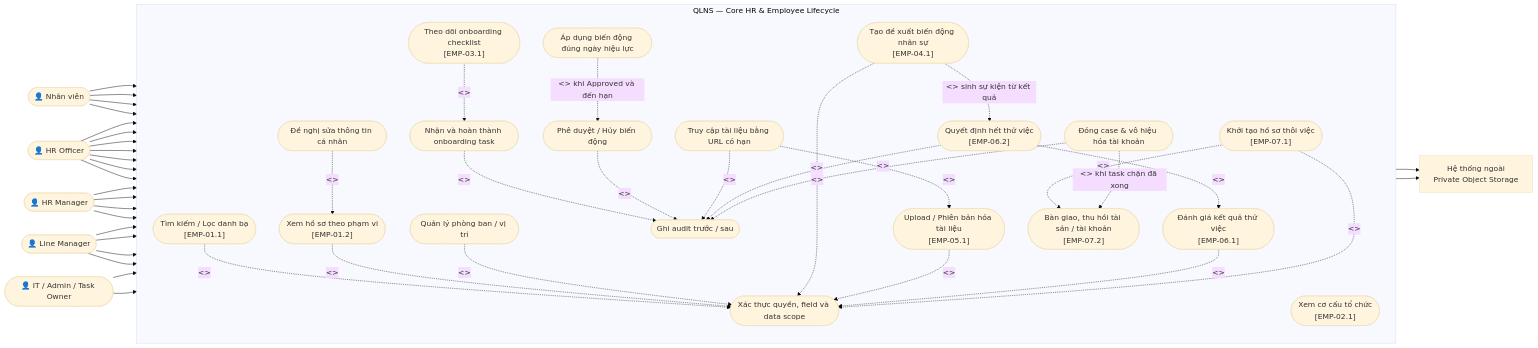
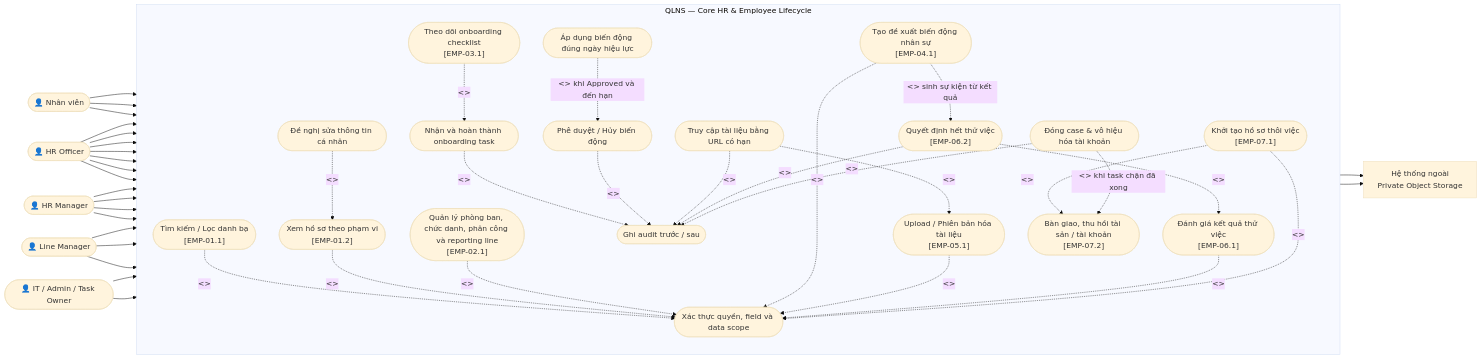
The third of 5 diagrams in docs/use_cases.md (nvdat16/QLNS), drawn with Mermaid (base theme) before and after one commit. The commit also changed other lines of this file and 15 other files, not shown here.

````diff
--- a/docs/use_cases.md
+++ b/docs/use_cases.md
@@ -132,77 +136,74 @@
 ```mermaid
 flowchart LR
     Employee(["👤 Nhân viên"])
     HROfficer(["👤 HR Officer"])
     HRManager(["👤 HR Manager"])
     LineManager(["👤 Line Manager"])
     TaskOwner(["👤 IT / Admin / Task Owner"])
     ObjectStorage["Hệ thống ngoài<br/>Private Object Storage"]
 
     subgraph QLNS_CORE["QLNS — Core HR & Employee Lifecycle"]
         direction TB
         UC_SEARCH(["Tìm kiếm / Lọc danh bạ<br/>[EMP-01.1]"])
         UC_VIEW(["Xem hồ sơ theo phạm vi<br/>[EMP-01.2]"])
         UC_SELF_CHANGE(["Đề nghị sửa thông tin cá nhân"])
-        UC_ORG(["Xem cơ cấu tổ chức<br/>[EMP-02.1]"])
-        UC_ORG_MGMT(["Quản lý phòng ban / vị trí"])
+        UC_ORG_MGMT(["Quản lý phòng ban, chức danh, phân công và reporting line<br/>[EMP-02.1]"])
         UC_ONBOARD(["Theo dõi onboarding checklist<br/>[EMP-03.1]"])
         UC_TASK(["Nhận và hoàn thành onboarding task"])
         UC_MOVEMENT(["Tạo đề xuất biến động nhân sự<br/>[EMP-04.1]"])
         UC_MOVEMENT_DECIDE(["Phê duyệt / Hủy biến động"])
         UC_APPLY(["Áp dụng biến động đúng ngày hiệu lực"])
         UC_DOCUMENT(["Upload / Phiên bản hóa tài liệu<br/>[EMP-05.1]"])
         UC_DOWNLOAD(["Truy cập tài liệu bằng URL có hạn"])
         UC_PROBATION(["Đánh giá kết quả thử việc<br/>[EMP-06.1]"])
         UC_PROBATION_DECIDE(["Quyết định hết thử việc<br/>[EMP-06.2]"])
         UC_OFFBOARD(["Khởi tạo hồ sơ thôi việc<br/>[EMP-07.1]"])
         UC_OFFBOARD_TASK(["Bàn giao, thu hồi tài sản / tài khoản<br/>[EMP-07.2]"])
         UC_OFFBOARD_CLOSE(["Đóng case & vô hiệu hóa tài khoản"])
         UC_AUTH(["Xác thực quyền, field và data scope"])
         UC_AUDIT(["Ghi audit trước / sau"])
 
         UC_SEARCH -. "<<include>>" .-> UC_AUTH
         UC_VIEW -. "<<include>>" .-> UC_AUTH
         UC_SELF_CHANGE -. "<<extend>>" .-> UC_VIEW
         UC_ORG_MGMT -. "<<include>>" .-> UC_AUTH
         UC_ONBOARD -. "<<include>>" .-> UC_TASK
         UC_TASK -. "<<include>>" .-> UC_AUDIT
         UC_MOVEMENT -. "<<include>>" .-> UC_AUTH
         UC_MOVEMENT_DECIDE -. "<<include>>" .-> UC_AUDIT
         UC_APPLY -. "<<extend>> khi Approved và đến hạn" .-> UC_MOVEMENT_DECIDE
         UC_DOCUMENT -. "<<include>>" .-> UC_AUTH
         UC_DOWNLOAD -. "<<extend>>" .-> UC_DOCUMENT
         UC_DOWNLOAD -. "<<include>>" .-> UC_AUDIT
         UC_PROBATION -. "<<include>>" .-> UC_AUTH
         UC_PROBATION_DECIDE -. "<<include>>" .-> UC_PROBATION
         UC_PROBATION_DECIDE -. "<<include>>" .-> UC_AUDIT
         UC_MOVEMENT -. "<<extend>> sinh sự kiện từ kết quả" .-> UC_PROBATION_DECIDE
         UC_OFFBOARD -. "<<include>>" .-> UC_AUTH
         UC_OFFBOARD -. "<<include>>" .-> UC_OFFBOARD_TASK
         UC_OFFBOARD_CLOSE -. "<<extend>> khi task chặn đã xong" .-> UC_OFFBOARD_TASK
         UC_OFFBOARD_CLOSE -. "<<include>>" .-> UC_AUDIT
     end
 
     Employee --> UC_VIEW
     Employee --> UC_SELF_CHANGE
-    Employee --> UC_ORG
     HROfficer --> UC_SEARCH
     HROfficer --> UC_VIEW
     HROfficer --> UC_ONBOARD
     HROfficer --> UC_MOVEMENT
     HROfficer --> UC_DOCUMENT
     HRManager --> UC_MOVEMENT_DECIDE
     HRManager --> UC_ORG_MGMT
-    LineManager --> UC_ORG
     LineManager --> UC_ONBOARD
     LineManager --> UC_PROBATION
     HRManager --> UC_PROBATION_DECIDE
     HROfficer --> UC_OFFBOARD
     HRManager --> UC_OFFBOARD
     HROfficer --> UC_OFFBOARD_CLOSE
     LineManager --> UC_OFFBOARD_TASK
     Employee --> UC_OFFBOARD_TASK
     TaskOwner --> UC_TASK
     TaskOwner --> UC_OFFBOARD_TASK
     UC_DOCUMENT --> ObjectStorage
     UC_DOWNLOAD --> ObjectStorage
 ```
````
